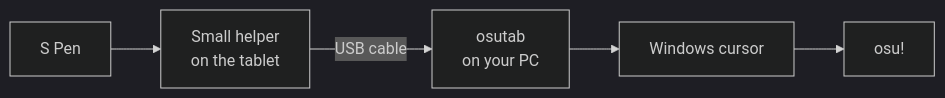
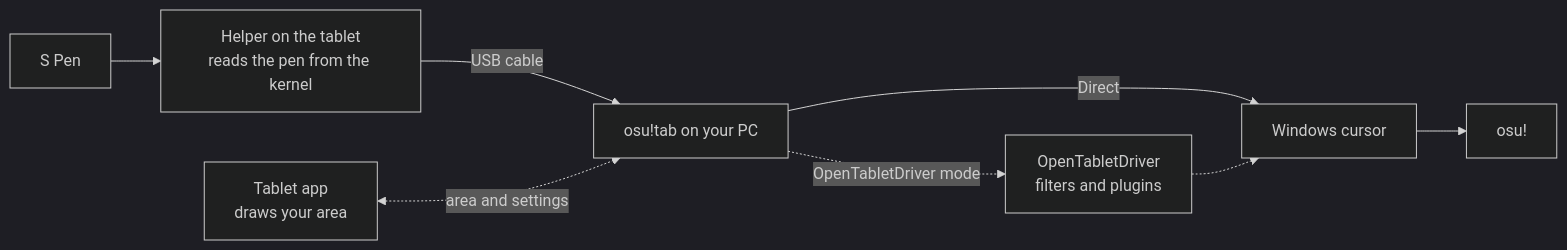
One commit to unlimiteq/osutab changed the diagram in README.md. Above: the diagram before and after it, drawn with Mermaid (dark theme). The commit also changed other lines of this file and 13 other files, not shown here.

````diff
--- a/README.md
+++ b/README.md
@@ -78,7 +130,10 @@
 ```mermaid
 flowchart LR
-    A["S Pen"] --> B["Small helper<br>on the tablet"]
-    B -- "USB cable" --> C["osutab<br>on your PC"]
-    C --> D["Windows cursor"]
-    D --> E["osu!"]
+    pen["S Pen"] --> helper["Helper on the tablet<br>reads the pen from the kernel"]
+    helper -- "USB cable" --> pc["osu!tab on your PC"]
+    pc -- "Direct" --> cursor["Windows cursor"]
+    pc -. "OpenTabletDriver mode" .-> otd["OpenTabletDriver<br>filters and plugins"]
+    otd -.-> cursor
+    cursor --> game["osu!"]
+    app["Tablet app<br>draws your area"] <-. "area and settings" .-> pc
 ```
````
